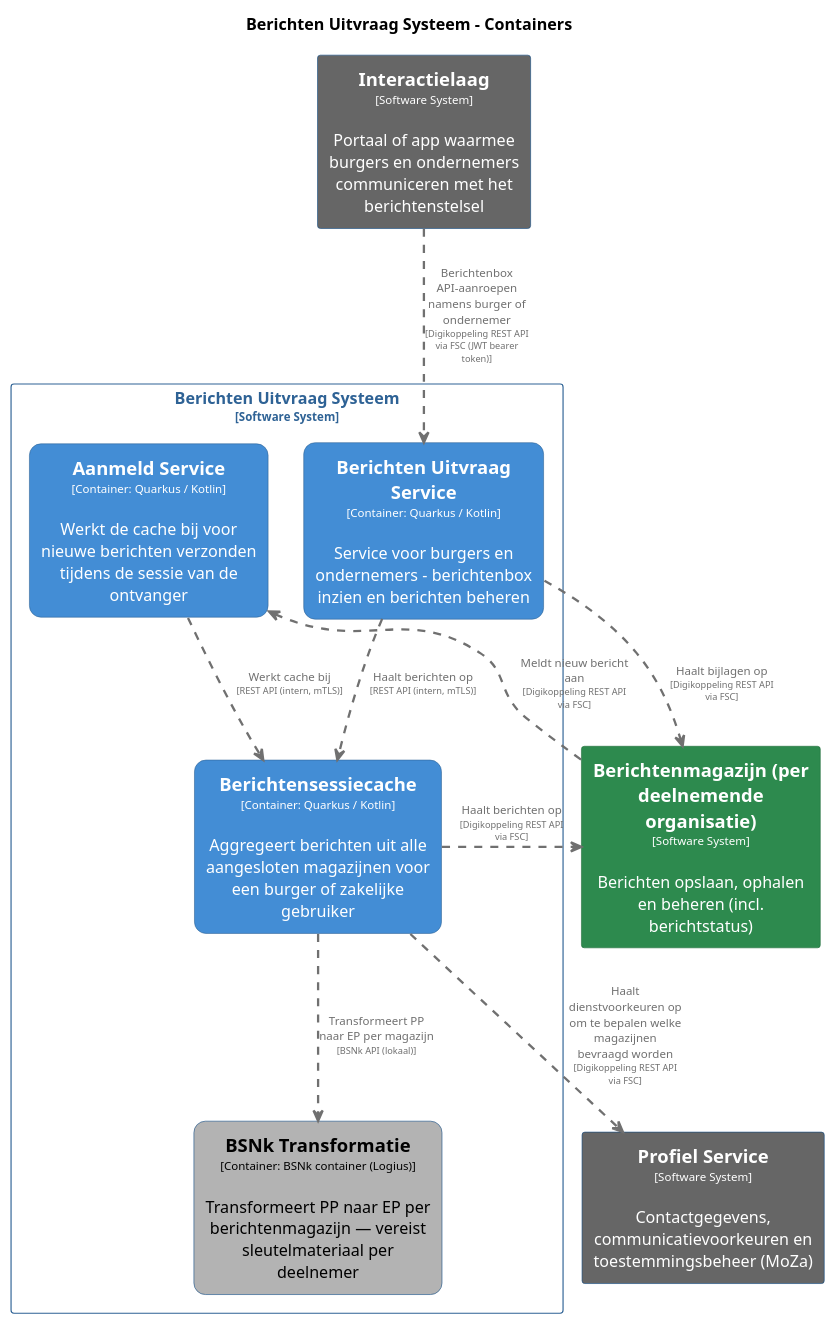
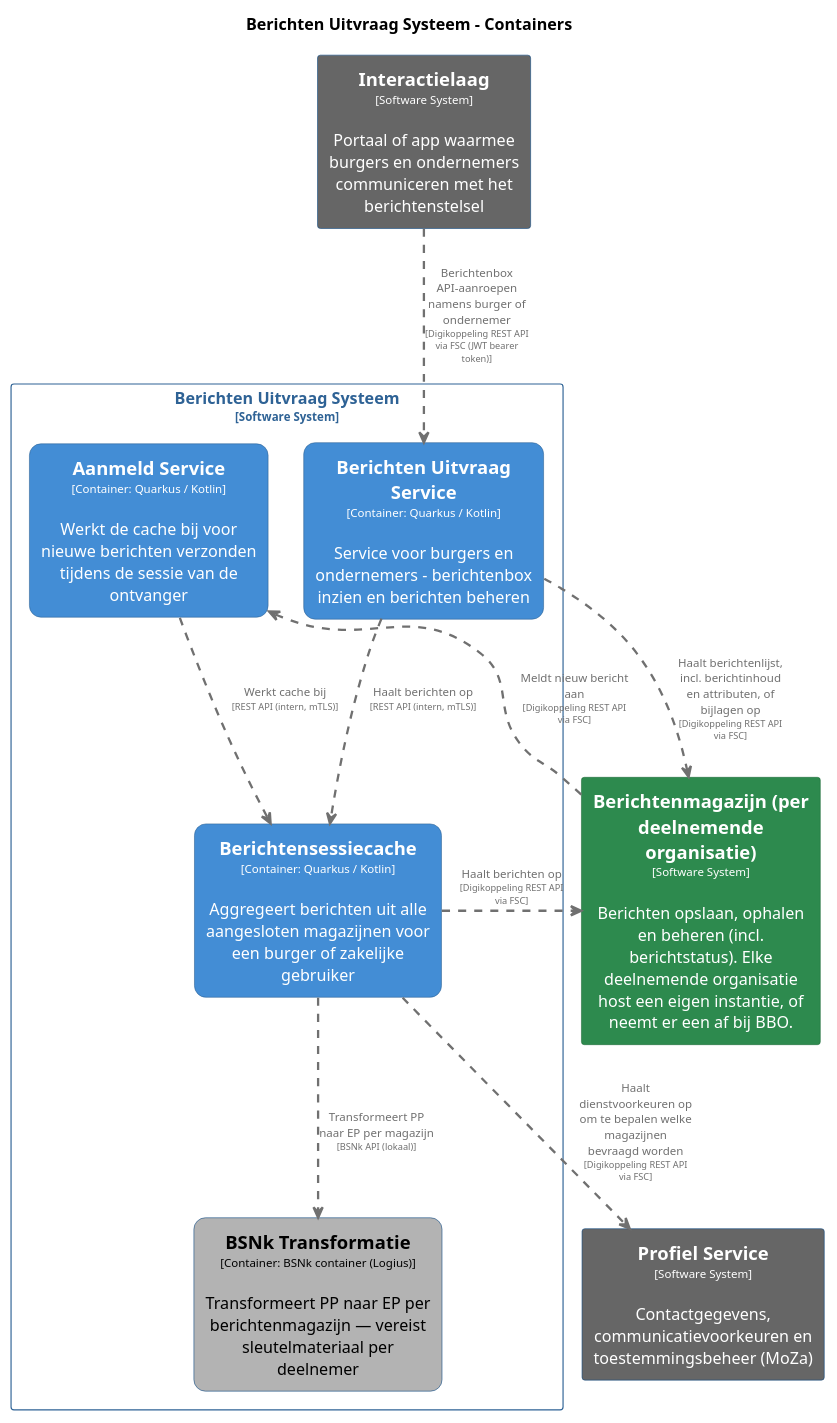
Before and after one commit to MinBZK/moza-poc-fbs-berichtenbox: the diagram in master/puml/BerichtenUitvraagSysteemContainers.puml, drawn with PlantUML. The commit also changed 51 other files, not shown here.

```diff
--- a/master/puml/BerichtenUitvraagSysteemContainers.puml
+++ b/master/puml/BerichtenUitvraagSysteemContainers.puml
@@ -1,89 +1,89 @@
 @startuml
 set separator none
 title Berichten Uitvraag Systeem - Containers
 
 top to bottom direction
 skinparam ranksep 60
 skinparam nodesep 30
 
 skinparam {
   arrowFontSize 10
   defaultTextAlignment center
   wrapWidth 200
   maxMessageSize 100
 }
 
 hide stereotype
 
 skinparam rectangle<<BerichtenUitvraagSysteem.AanmeldService>> {
   BackgroundColor #438dd5
   FontColor #ffffff
   BorderColor #2e6295
   roundCorner 20
   shadowing false
 }
 skinparam rectangle<<BerichtenUitvraagSysteem.BSNkTransformatie>> {
   BackgroundColor #b3b3b3
   FontColor #000000
   BorderColor #0b4884
   roundCorner 20
   shadowing false
 }
 skinparam rectangle<<BerichtenUitvraagSysteem.BerichtenUitvraagService>> {
   BackgroundColor #438dd5
   FontColor #ffffff
   BorderColor #2e6295
   roundCorner 20
   shadowing false
 }
 skinparam rectangle<<Berichtenmagazijnperdeelnemendeorganisatie>> {
   BackgroundColor #2d8a4e
   FontColor #ffffff
   BorderColor #1e6b38
   shadowing false
 }
 skinparam rectangle<<BerichtenUitvraagSysteem.Berichtensessiecache>> {
   BackgroundColor #438dd5
   FontColor #ffffff
   BorderColor #2e6295
   roundCorner 20
   shadowing false
 }
 skinparam rectangle<<Interactielaag>> {
   BackgroundColor #666666
   FontColor #ffffff
   BorderColor #0b4884
   shadowing false
 }
 skinparam rectangle<<ProfielService>> {
   BackgroundColor #666666
   FontColor #ffffff
   BorderColor #0b4884
   shadowing false
 }
 skinparam rectangle<<BerichtenUitvraagSysteem>> {
   BorderColor #2e6295
   FontColor #2e6295
   shadowing false
 }
 
 rectangle "==Profiel Service\n<size:10>[Software System]</size>\n\nContactgegevens, communicatievoorkeuren en toestemmingsbeheer (MoZa)" <<ProfielService>> as ProfielService
 rectangle "==Interactielaag\n<size:10>[Software System]</size>\n\nPortaal of app waarmee burgers en ondernemers communiceren met het berichtenstelsel" <<Interactielaag>> as Interactielaag
-rectangle "==Berichtenmagazijn (per deelnemende organisatie)\n<size:10>[Software System]</size>\n\nBerichten opslaan, ophalen en beheren (incl. berichtstatus)" <<Berichtenmagazijnperdeelnemendeorganisatie>> as Berichtenmagazijnperdeelnemendeorganisatie
+rectangle "==Berichtenmagazijn (per deelnemende organisatie)\n<size:10>[Software System]</size>\n\nBerichten opslaan, ophalen en beheren (incl. berichtstatus). Elke deelnemende organisatie host een eigen instantie, of neemt er een af bij BBO." <<Berichtenmagazijnperdeelnemendeorganisatie>> as Berichtenmagazijnperdeelnemendeorganisatie
 
 rectangle "Berichten Uitvraag Systeem\n<size:10>[Software System]</size>" <<BerichtenUitvraagSysteem>> {
   rectangle "==Berichtensessiecache\n<size:10>[Container: Quarkus / Kotlin]</size>\n\nAggregeert berichten uit alle aangesloten magazijnen voor een burger of zakelijke gebruiker" <<BerichtenUitvraagSysteem.Berichtensessiecache>> as BerichtenUitvraagSysteem.Berichtensessiecache
   rectangle "==Berichten Uitvraag Service\n<size:10>[Container: Quarkus / Kotlin]</size>\n\nService voor burgers en ondernemers - berichtenbox inzien en berichten beheren" <<BerichtenUitvraagSysteem.BerichtenUitvraagService>> as BerichtenUitvraagSysteem.BerichtenUitvraagService
   rectangle "==BSNk Transformatie\n<size:10>[Container: BSNk container (Logius)]</size>\n\nTransformeert PP naar EP per berichtenmagazijn — vereist sleutelmateriaal per deelnemer" <<BerichtenUitvraagSysteem.BSNkTransformatie>> as BerichtenUitvraagSysteem.BSNkTransformatie
   rectangle "==Aanmeld Service\n<size:10>[Container: Quarkus / Kotlin]</size>\n\nWerkt de cache bij voor nieuwe berichten verzonden tijdens de sessie van de ontvanger" <<BerichtenUitvraagSysteem.AanmeldService>> as BerichtenUitvraagSysteem.AanmeldService
 }
 
 Berichtenmagazijnperdeelnemendeorganisatie .[#707070,thickness=2].> BerichtenUitvraagSysteem.AanmeldService : "<color:#707070>Meldt nieuw bericht aan\n<color:#707070><size:8>[Digikoppeling REST API via FSC]</size>"
 BerichtenUitvraagSysteem.Berichtensessiecache .[#707070,thickness=2].> ProfielService : "<color:#707070>Haalt dienstvoorkeuren op om te bepalen welke magazijnen bevraagd worden\n<color:#707070><size:8>[Digikoppeling REST API via FSC]</size>"
 BerichtenUitvraagSysteem.Berichtensessiecache .[#707070,thickness=2].> Berichtenmagazijnperdeelnemendeorganisatie : "<color:#707070>Haalt berichten op\n<color:#707070><size:8>[Digikoppeling REST API via FSC]</size>"
 BerichtenUitvraagSysteem.Berichtensessiecache .[#707070,thickness=2].> BerichtenUitvraagSysteem.BSNkTransformatie : "<color:#707070>Transformeert PP naar EP per magazijn\n<color:#707070><size:8>[BSNk API (lokaal)]</size>"
 BerichtenUitvraagSysteem.AanmeldService .[#707070,thickness=2].> BerichtenUitvraagSysteem.Berichtensessiecache : "<color:#707070>Werkt cache bij\n<color:#707070><size:8>[REST API (intern, mTLS)]</size>"
 BerichtenUitvraagSysteem.BerichtenUitvraagService .[#707070,thickness=2].> BerichtenUitvraagSysteem.Berichtensessiecache : "<color:#707070>Haalt berichten op\n<color:#707070><size:8>[REST API (intern, mTLS)]</size>"
 Interactielaag .[#707070,thickness=2].> BerichtenUitvraagSysteem.BerichtenUitvraagService : "<color:#707070>Berichtenbox API-aanroepen namens burger of ondernemer\n<color:#707070><size:8>[Digikoppeling REST API via FSC (JWT bearer token)]</size>"
-BerichtenUitvraagSysteem.BerichtenUitvraagService .[#707070,thickness=2].> Berichtenmagazijnperdeelnemendeorganisatie : "<color:#707070>Haalt bijlagen op\n<color:#707070><size:8>[Digikoppeling REST API via FSC]</size>"
+BerichtenUitvraagSysteem.BerichtenUitvraagService .[#707070,thickness=2].> Berichtenmagazijnperdeelnemendeorganisatie : "<color:#707070>Haalt berichtenlijst, incl. berichtinhoud en attributen, of bijlagen op\n<color:#707070><size:8>[Digikoppeling REST API via FSC]</size>"
 @enduml
```
